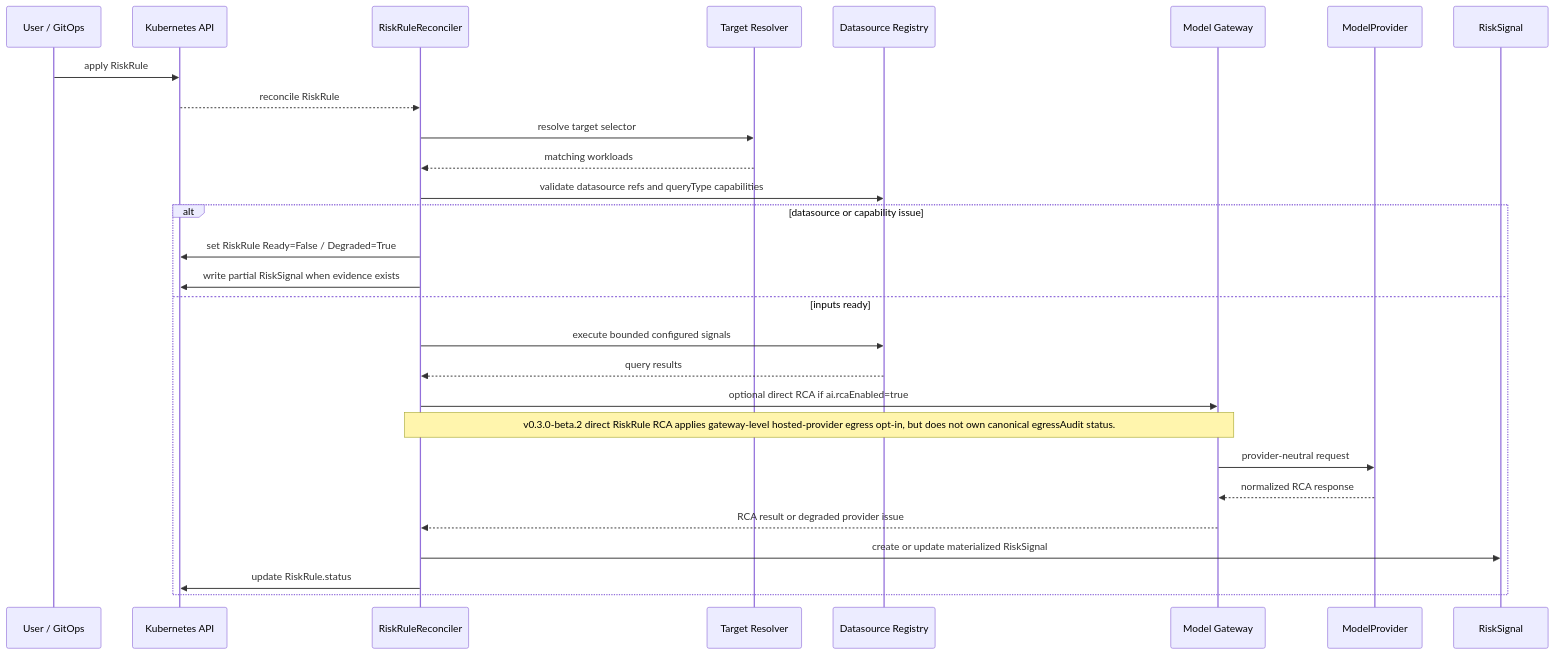
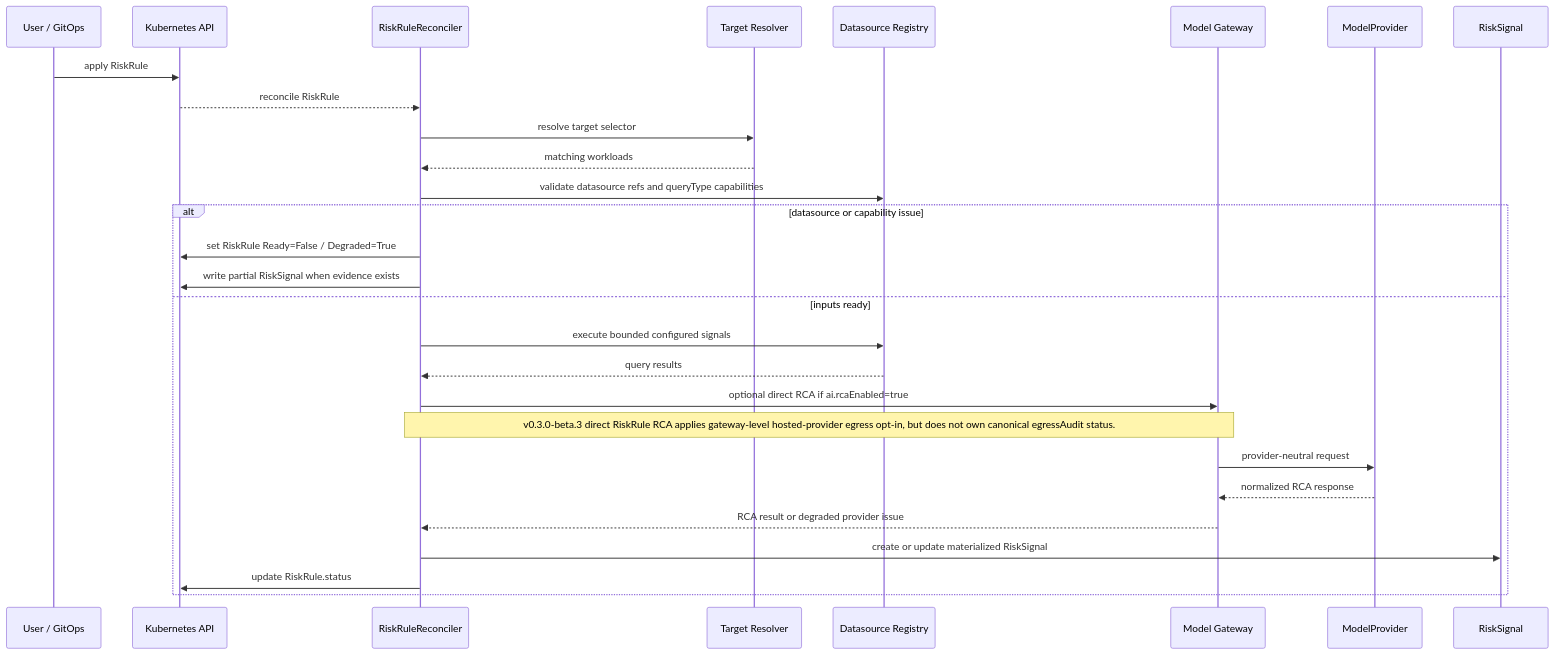
The sixth of 18 diagrams in docs/architecture/mermaid-diagrams.md (FluxSeer/fluxseer-rca), drawn with Mermaid before and after one commit. The commit also changed other lines of this file and 10 other files, not shown here.

````diff
--- a/docs/architecture/mermaid-diagrams.md
+++ b/docs/architecture/mermaid-diagrams.md
@@ -427,31 +427,31 @@
 ```mermaid
 sequenceDiagram
     participant User as User / GitOps
     participant API as Kubernetes API
     participant RR as RiskRuleReconciler
     participant Resolver as Target Resolver
     participant DS as Datasource Registry
     participant GW as Model Gateway
     participant MP as ModelProvider
     participant RS as RiskSignal
 
     User->>API: apply RiskRule
     API-->>RR: reconcile RiskRule
     RR->>Resolver: resolve target selector
     Resolver-->>RR: matching workloads
     RR->>DS: validate datasource refs and queryType capabilities
     alt datasource or capability issue
         RR->>API: set RiskRule Ready=False / Degraded=True
         RR->>API: write partial RiskSignal when evidence exists
     else inputs ready
         RR->>DS: execute bounded configured signals
         DS-->>RR: query results
         RR->>GW: optional direct RCA if ai.rcaEnabled=true
-        Note over RR,GW: v0.3.0-beta.2 direct RiskRule RCA applies gateway-level hosted-provider egress opt-in, but does not own canonical egressAudit status.
+        Note over RR,GW: v0.3.0-beta.3 direct RiskRule RCA applies gateway-level hosted-provider egress opt-in, but does not own canonical egressAudit status.
         GW->>MP: provider-neutral request
         MP-->>GW: normalized RCA response
         GW-->>RR: RCA result or degraded provider issue
         RR->>RS: create or update materialized RiskSignal
         RR->>API: update RiskRule.status
     end
 ```
````
